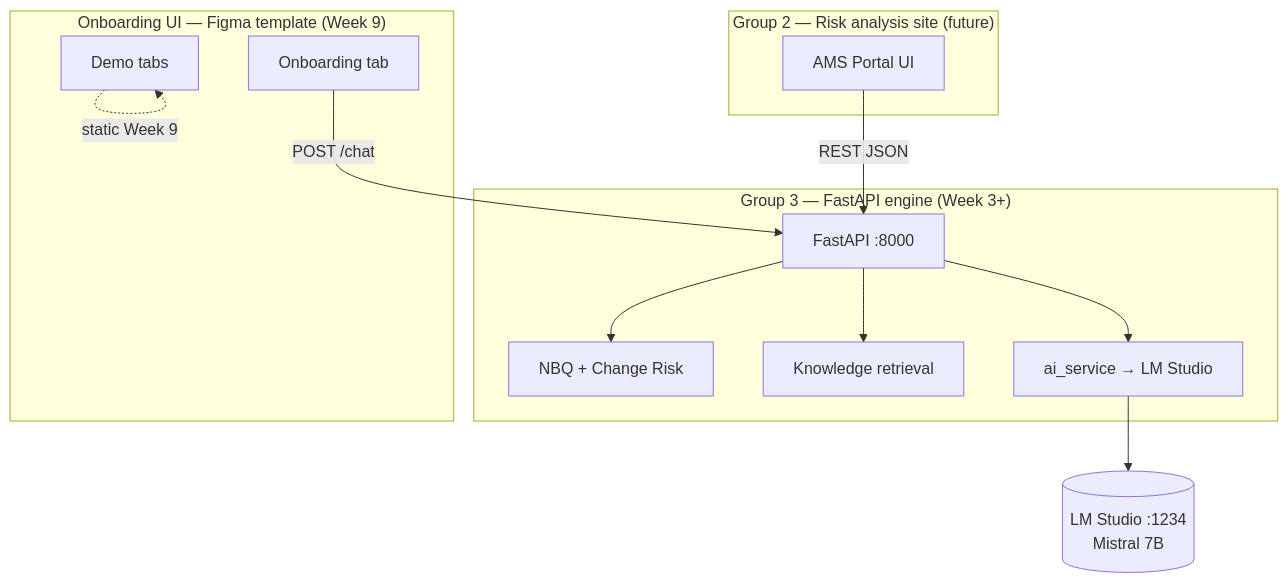
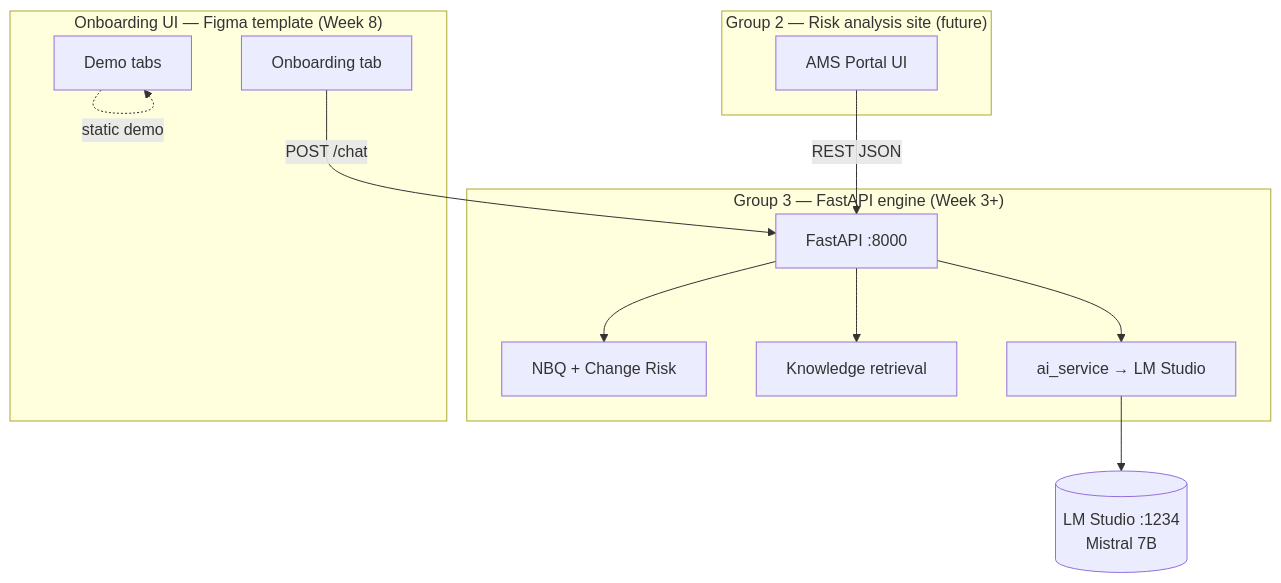
Before and after one commit to hodncgi/AMS: the first of 3 diagrams in doc/developer/ARCHITECTURE_DIAGRAM.md, drawn with Mermaid. The commit also changed other lines of this file and 8 other files, not shown here.

Commit message:
Align week numbers across all docs to 8+3 roadmap (React Week 8).

````diff
--- a/doc/developer/ARCHITECTURE_DIAGRAM.md
+++ b/doc/developer/ARCHITECTURE_DIAGRAM.md
@@ -7,28 +7,28 @@
 ```mermaid
 flowchart TB
     subgraph G2["Group 2 — Risk analysis site (future)"]
         Portal[AMS Portal UI]
     end
 
     subgraph G3["Group 3 — FastAPI engine (Week 3+)"]
         API[FastAPI :8000]
         ALG[NBQ + Change Risk]
         RAG[Knowledge retrieval]
         AI[ai_service → LM Studio]
     end
 
-    subgraph UI["Onboarding UI — Figma template (Week 9)"]
+    subgraph UI["Onboarding UI — Figma template (Week 8)"]
         Onb[Onboarding tab]
         Demo[Demo tabs]
     end
 
     LM[(LM Studio :1234\nMistral 7B)]
 
     Portal -->|REST JSON| API
     Onb -->|POST /chat| API
     API --> ALG
     API --> RAG
     API --> AI
     AI --> LM
-    Demo -.->|static Week 9| Demo
+    Demo -.->|static demo| Demo
 ```
````
